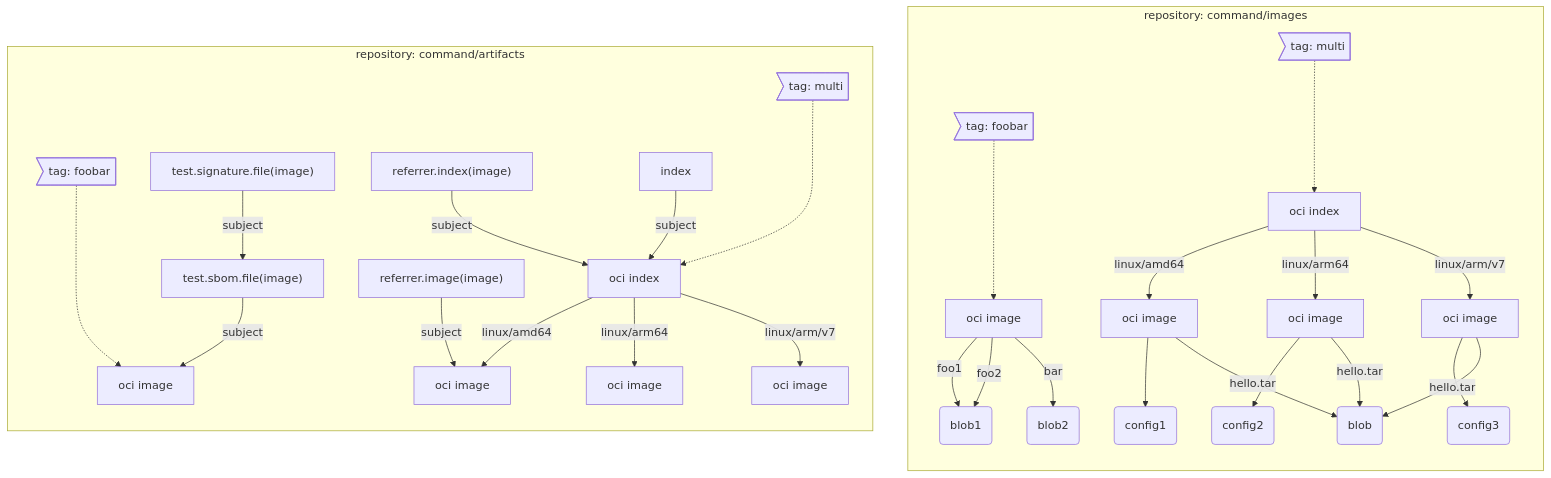
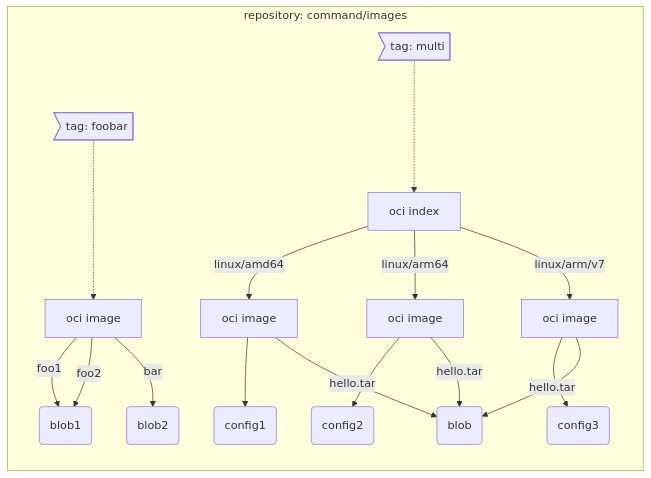
One commit to oras-project/oras changed the fourth of 5 diagrams in test/e2e/README.md. Above: the diagram before and after it, drawn with Mermaid. The commit also changed other lines of this file, not shown here.

````diff
--- a/test/e2e/README.md
+++ b/test/e2e/README.md
@@ -149,39 +152,21 @@
 ```mermaid
 graph TD;
     subgraph "repository: command/images"
         direction TB
         A0>tag: multi]-..->A1[oci index]
         A1--linux/amd64-->A2[oci image]
         A1--linux/arm64-->A3[oci image]
         A1--linux/arm/v7-->A4[oci image]
         A2-->A5(config1)
         A3-->A6(config2)
         A4-->A7(config3)
         A2-- hello.tar -->A8(blob)
         A3-- hello.tar -->A8(blob)
         A4-- hello.tar -->A8(blob)
 
         B0>tag: foobar]-..->B1[oci image]
         B1-- foo1 -->B2(blob1)
         B1-- foo2 -->B2(blob1)
         B1-- bar -->B3(blob2)
     end
-    
-    subgraph "repository: command/artifacts"
-        direction TB
-        C0>tag: foobar]-..->C1[oci image]
-        
-        direction TB
-        direction TB
-        D1["test.sbom.file(image)"] -- subject --> C1
-        D2["test.signature.file(image)"] -- subject --> D1
-        direction TB
-        F0>tag: multi]-..->F1[oci index]
-        F1--linux/amd64-->F2[oci image]
-        F1--linux/arm64-->F3[oci image]
-        F1--linux/arm/v7-->F4[oci image]
-        G1["referrer.index(image)"] -- subject --> F1
-        G2["referrer.image(image)"] -- subject --> F2
-        G3["index"] -- subject --> F1
-    end
 ```
````
